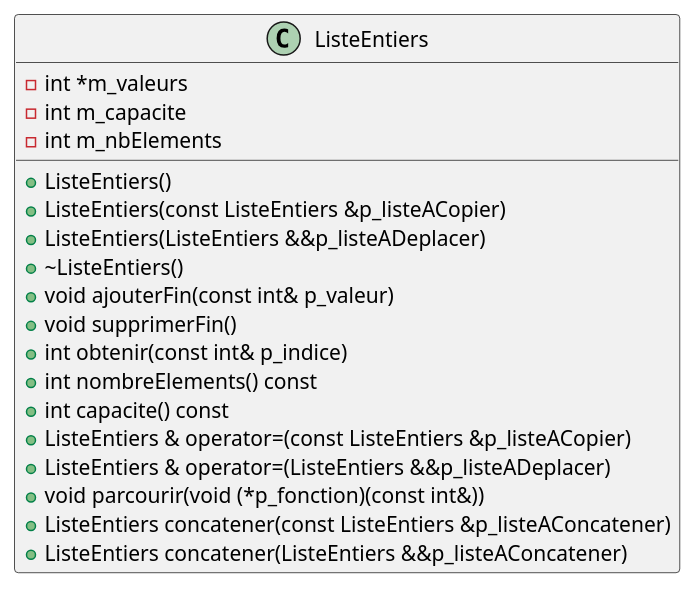
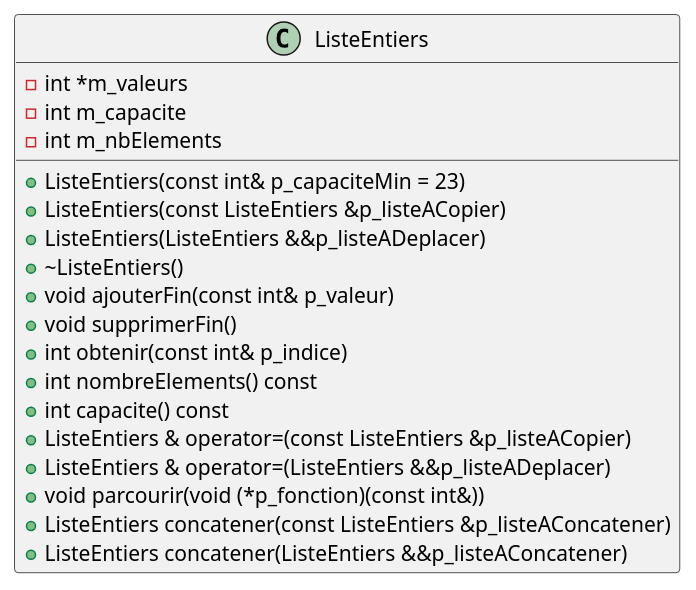
The diagram in Module04_GestionMemoire/diag/listeEntiers.wsd (PiFou86/420-W31-SF-CPP), drawn with PlantUML before and after one commit.

```diff
--- a/Module04_GestionMemoire/diag/listeEntiers.wsd
+++ b/Module04_GestionMemoire/diag/listeEntiers.wsd
@@ -1,23 +1,23 @@
 @startuml
 
 class ListeEntiers {
   - int *m_valeurs
   - int m_capacite
   - int m_nbElements
-  + ListeEntiers()
+  + ListeEntiers(const int& p_capaciteMin = 23)
   + ListeEntiers(const ListeEntiers &p_listeACopier)
   + ListeEntiers(ListeEntiers &&p_listeADeplacer)
   + ~ListeEntiers()
   + void ajouterFin(const int& p_valeur)
   + void supprimerFin()
   + int obtenir(const int& p_indice)
   + int nombreElements() const
   + int capacite() const
   + ListeEntiers & operator=(const ListeEntiers &p_listeACopier)
   + ListeEntiers & operator=(ListeEntiers &&p_listeADeplacer)
   + void parcourir(void (*p_fonction)(const int&))
   + ListeEntiers concatener(const ListeEntiers &p_listeAConcatener)
   + ListeEntiers concatener(ListeEntiers &&p_listeAConcatener)
 }
 
 @enduml
```
